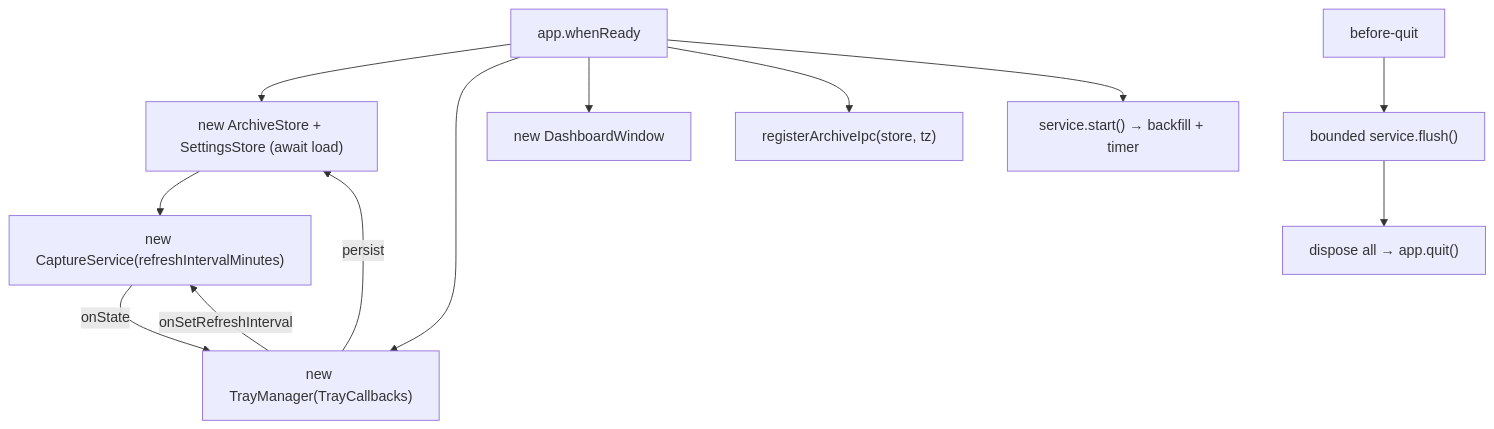
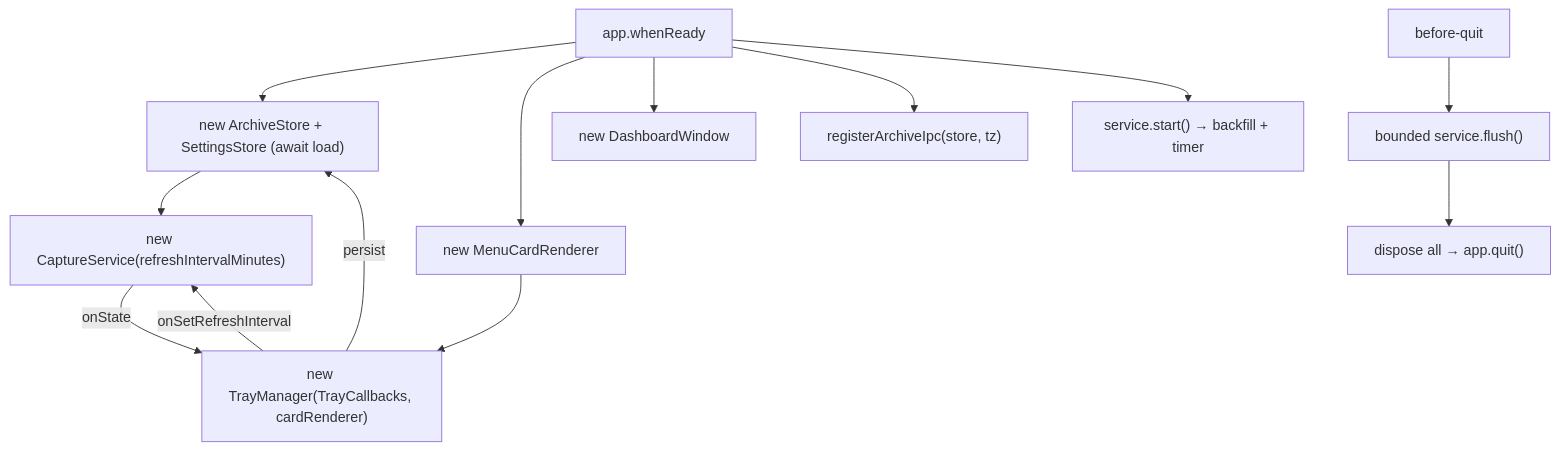
Before and after one commit to tangentlin/burnbar: the diagram in docs/modules/main.md, drawn with Mermaid. The commit also changed other lines of this file and 27 other files, not shown here.

First line of the commit message:
feat: rich menu-bar stats card, row icons, and About link

````diff
--- a/docs/modules/main.md
+++ b/docs/modules/main.md
@@ -32,13 +32,14 @@
 ```mermaid
 flowchart TD
     ready["app.whenReady"] --> stores["new ArchiveStore + SettingsStore (await load)"]
     stores --> svc["new CaptureService(refreshIntervalMinutes)"]
-    ready --> tray["new TrayManager(TrayCallbacks)"]
+    ready --> card["new MenuCardRenderer"]
+    card --> tray["new TrayManager(TrayCallbacks, cardRenderer)"]
     ready --> win["new DashboardWindow"]
     ready --> ipc["registerArchiveIpc(store, tz)"]
     svc -->|onState| tray
     tray -->|onSetRefreshInterval| svc
     tray -->|persist| stores
     ready --> start["service.start() → backfill + timer"]
     quit["before-quit"] --> flush["bounded service.flush()"] --> teardown["dispose all → app.quit()"]
 ```
````
